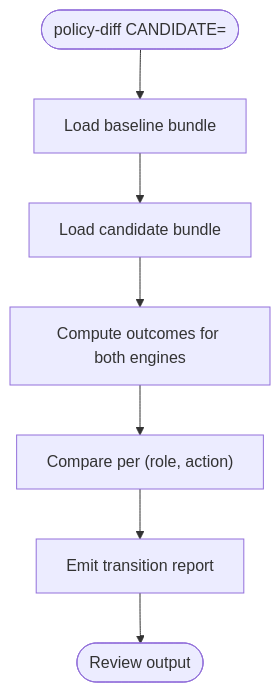
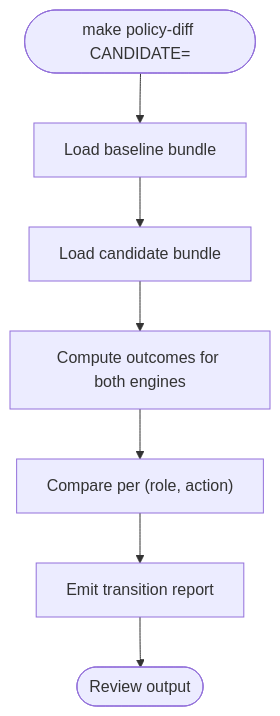
Before and after one commit to metasync/luban-aiops: the sixth of 7 diagrams in .qoder/repowiki/en/content/Policy Management/Policy Rollout Controls Spike.md, drawn with Mermaid. The commit also changed other lines of this file and 16 other files, not shown here.

````diff
--- a/.qoder/repowiki/en/content/Policy Management/Policy Rollout Controls Spike.md
+++ b/.qoder/repowiki/en/content/Policy Management/Policy Rollout Controls Spike.md
@@ -267,9 +316,9 @@
 ```mermaid
 flowchart TD
-DStart(["policy-diff CANDIDATE=<path>"]) --> LoadA["Load baseline bundle"]
+DStart(["make policy-diff CANDIDATE=<path>"]) --> LoadA["Load baseline bundle"]
 LoadA --> LoadB["Load candidate bundle"]
 LoadB --> Compute["Compute outcomes for both engines"]
 Compute --> Diff["Compare per (role, action)"]
 Diff --> Report["Emit transition report"]
 Report --> DEnd(["Review output"])
 ```
````
